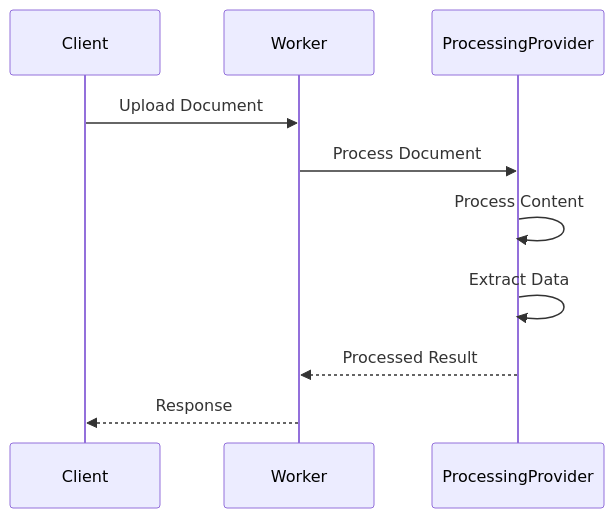
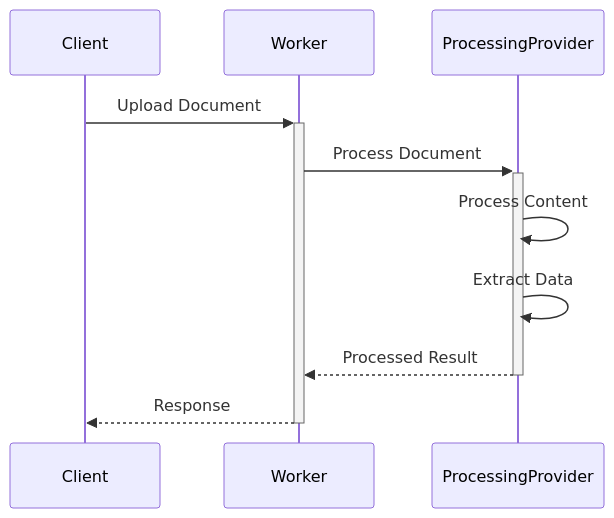
Before and after one commit to o2alexanderfedin/OCRChecksServer-demo: the diagram in docs/architecture.md, drawn with Mermaid.

Commit message:
docs: update architecture document

````diff
--- a/docs/architecture.md
+++ b/docs/architecture.md
@@ -50,13 +50,13 @@
 ```mermaid
 sequenceDiagram
     participant Client
     participant Worker
     participant ProcessingProvider
 
-    Client->>Worker: Upload Document
-    Worker->>ProcessingProvider: Process Document
+    Client->>+Worker: Upload Document
+    Worker->>+ProcessingProvider: Process Document
     ProcessingProvider->>ProcessingProvider: Process Content
     ProcessingProvider->>ProcessingProvider: Extract Data
-    ProcessingProvider-->>Worker: Processed Result
-    Worker-->>Client: Response
+    ProcessingProvider-->>-Worker: Processed Result
+    Worker-->>-Client: Response
 ```
````
